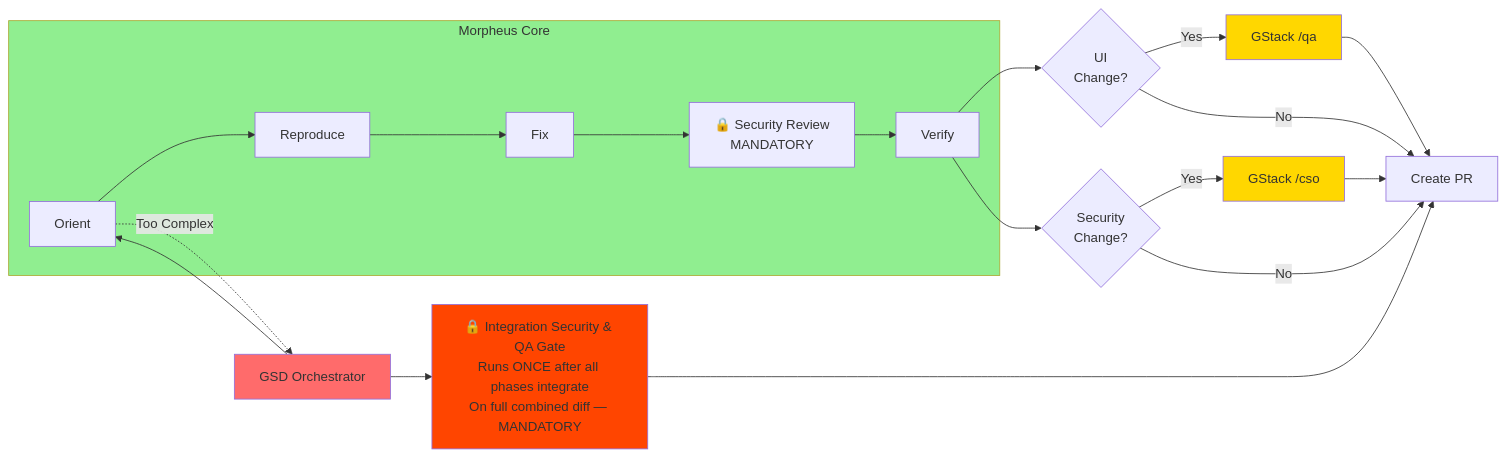
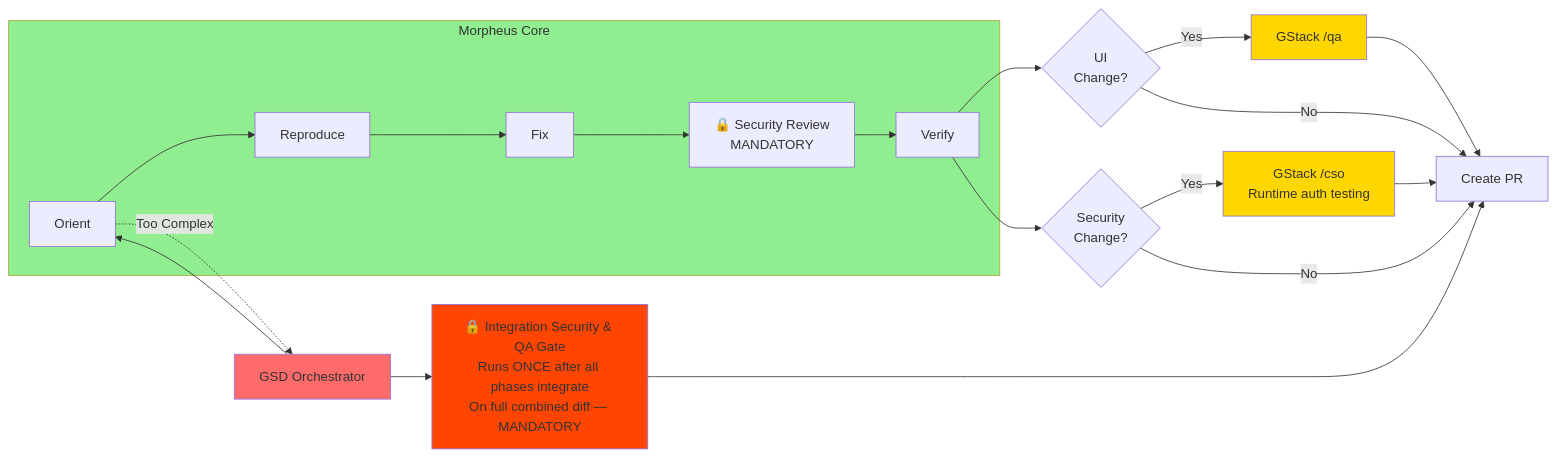
The fifth of 7 diagrams in docs/MORPHEUS-FLOWCHART-ONLY.md (LogeswaranA/bug-fixer), drawn with Mermaid before and after one commit. The commit also changed other lines of this file, not shown here.

First line of the commit message:
docs(morpheus): clarify Security Review vs GStack /cso distinction

````diff
--- a/docs/MORPHEUS-FLOWCHART-ONLY.md
+++ b/docs/MORPHEUS-FLOWCHART-ONLY.md
@@ -178,32 +189,32 @@
 ```mermaid
 flowchart LR
     subgraph Core["Morpheus Core"]
         M1[Orient] --> M2[Reproduce]
         M2 --> M3[Fix]
         M3 --> M3a[🔒 Security Review<br/>MANDATORY]
         M3a --> M4[Verify]
     end
     
     M4 --> UI{UI<br/>Change?}
     M4 --> Sec{Security<br/>Change?}
     
     UI -->|Yes| QA[GStack /qa]
     UI -->|No| PR[Create PR]
     
-    Sec -->|Yes| CSO[GStack /cso]
+    Sec -->|Yes| CSO[GStack /cso<br/>Runtime auth testing]
     Sec -->|No| PR
     
     QA --> PR
     CSO --> PR
     
     M1 -.->|Too Complex| GSD[GSD Orchestrator]
     GSD --> M1
     GSD --> IntegGate[🔒 Integration Security & QA Gate<br/>Runs ONCE after all phases integrate<br/>On full combined diff — MANDATORY]
     IntegGate --> PR
     
     style Core fill:#90EE90
     style QA fill:#FFD700
     style CSO fill:#FFD700
     style GSD fill:#FF6B6B
     style IntegGate fill:#FF4500
 ```
````
